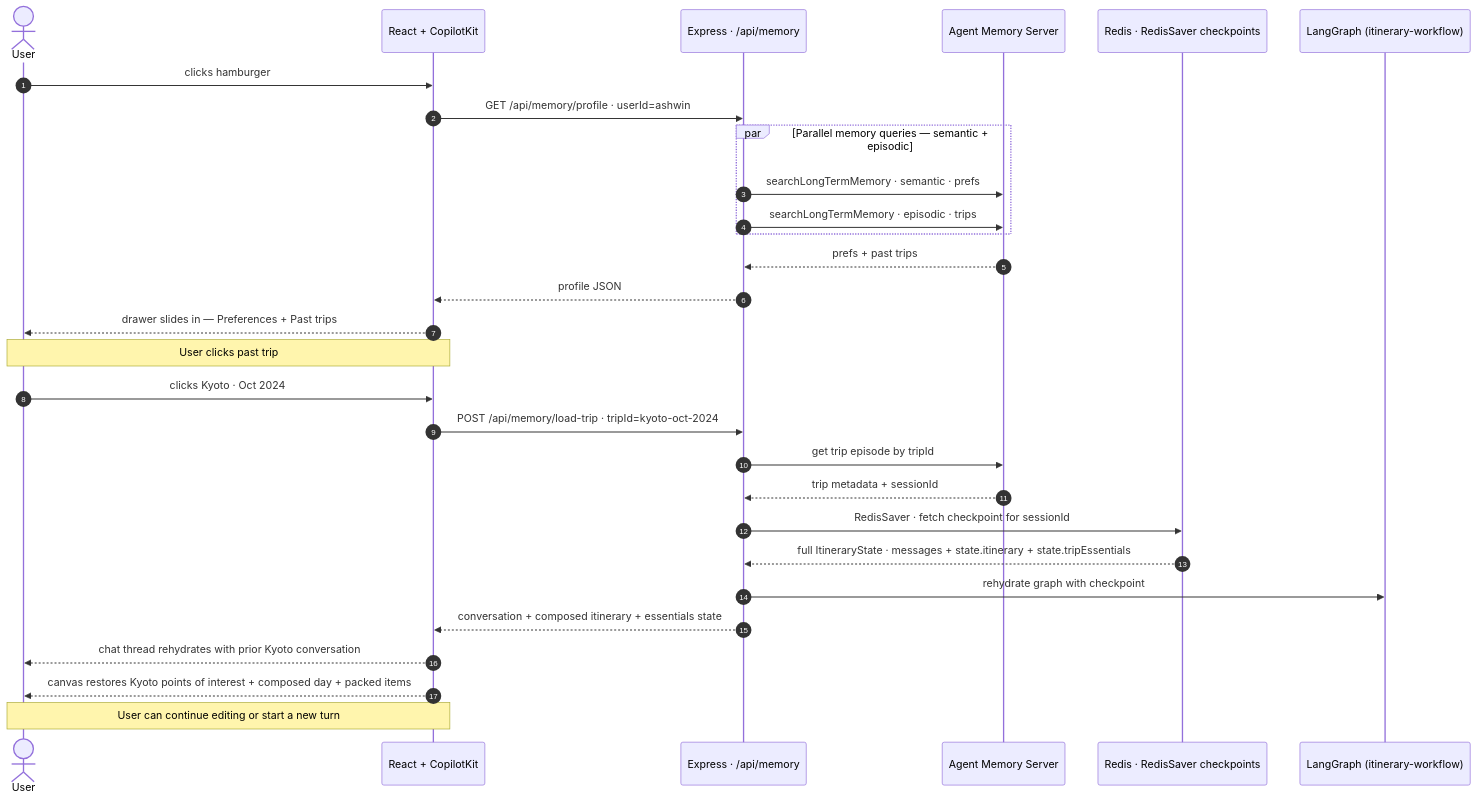
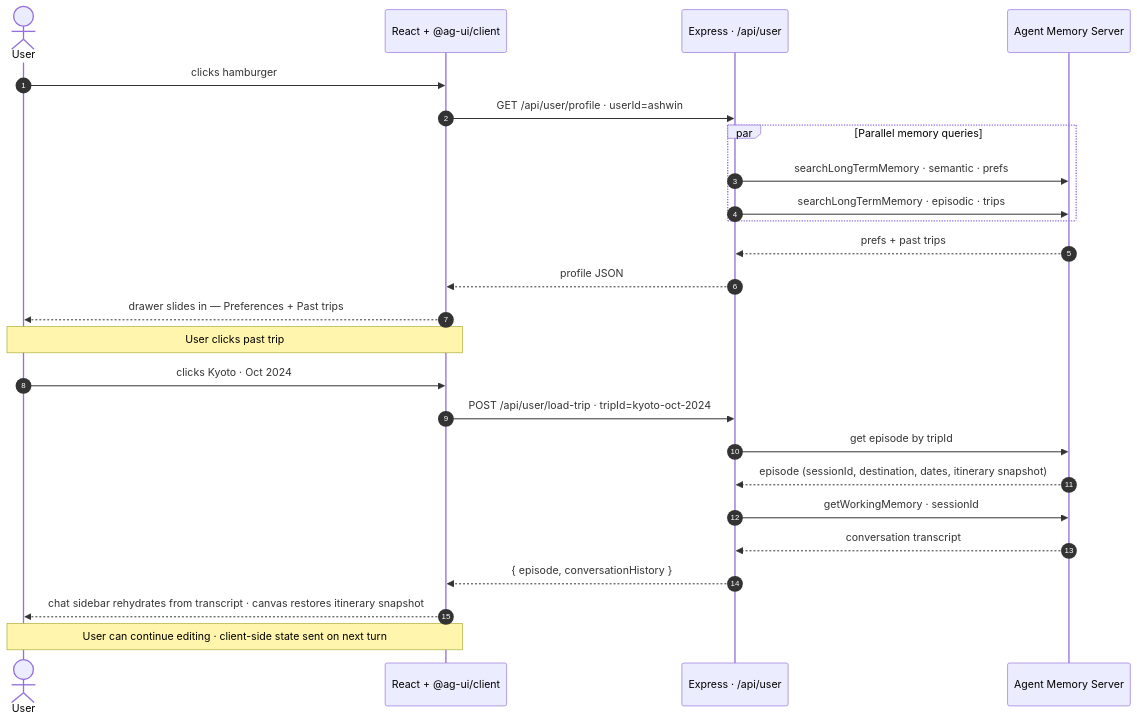
Before and after one commit to booleanhunter/travel-planning-agent-agui-langraph: the third of 3 diagrams in docs/diagrams/02-user-flow-sequence.md, drawn with Mermaid. The commit also changed other lines of this file and 8 other files, not shown here.

First line of the commit message:
docs(diagrams): realign architecture docs with the single-graph design

````diff
--- a/docs/diagrams/02-user-flow-sequence.md
+++ b/docs/diagrams/02-user-flow-sequence.md
@@ -164,38 +118,32 @@
 ```mermaid
 sequenceDiagram
     autonumber
     actor User
-    participant UI as React + CopilotKit
-    participant Backend as Express · /api/memory
+    participant UI as React + @ag-ui/client
+    participant Backend as Express · /api/user
     participant AMS as Agent Memory Server
-    participant Redis as Redis · RedisSaver checkpoints
-    participant LG as LangGraph (itinerary-workflow)
 
     User->>UI: clicks hamburger
-    UI->>Backend: GET /api/memory/profile · userId=ashwin
+    UI->>Backend: GET /api/user/profile · userId=ashwin
 
-    par Parallel memory queries — semantic + episodic
+    par Parallel memory queries
         Backend->>AMS: searchLongTermMemory · semantic · prefs
         Backend->>AMS: searchLongTermMemory · episodic · trips
     end
     AMS-->>Backend: prefs + past trips
     Backend-->>UI: profile JSON
     UI-->>User: drawer slides in — Preferences + Past trips
 
     Note over User,UI: User clicks past trip
     User->>UI: clicks Kyoto · Oct 2024
-    UI->>Backend: POST /api/memory/load-trip · tripId=kyoto-oct-2024
+    UI->>Backend: POST /api/user/load-trip · tripId=kyoto-oct-2024
 
-    Backend->>AMS: get trip episode by tripId
-    AMS-->>Backend: trip metadata + sessionId
+    Backend->>AMS: get episode by tripId
+    AMS-->>Backend: episode (sessionId, destination, dates, itinerary snapshot)
+    Backend->>AMS: getWorkingMemory · sessionId
+    AMS-->>Backend: conversation transcript
 
-    Backend->>Redis: RedisSaver · fetch checkpoint for sessionId
-    Redis-->>Backend: full ItineraryState · messages + state.itinerary + state.tripEssentials
-
-    Backend->>LG: rehydrate graph with checkpoint
-    Backend-->>UI: conversation + composed itinerary + essentials state
-
-    UI-->>User: chat thread rehydrates with prior Kyoto conversation
-    UI-->>User: canvas restores Kyoto points of interest + composed day + packed items
-    Note over User,UI: User can continue editing or start a new turn
+    Backend-->>UI: { episode, conversationHistory }
+    UI-->>User: chat sidebar rehydrates from transcript · canvas restores itinerary snapshot
+    Note over User,UI: User can continue editing · client-side state sent on next turn
 ```
````
